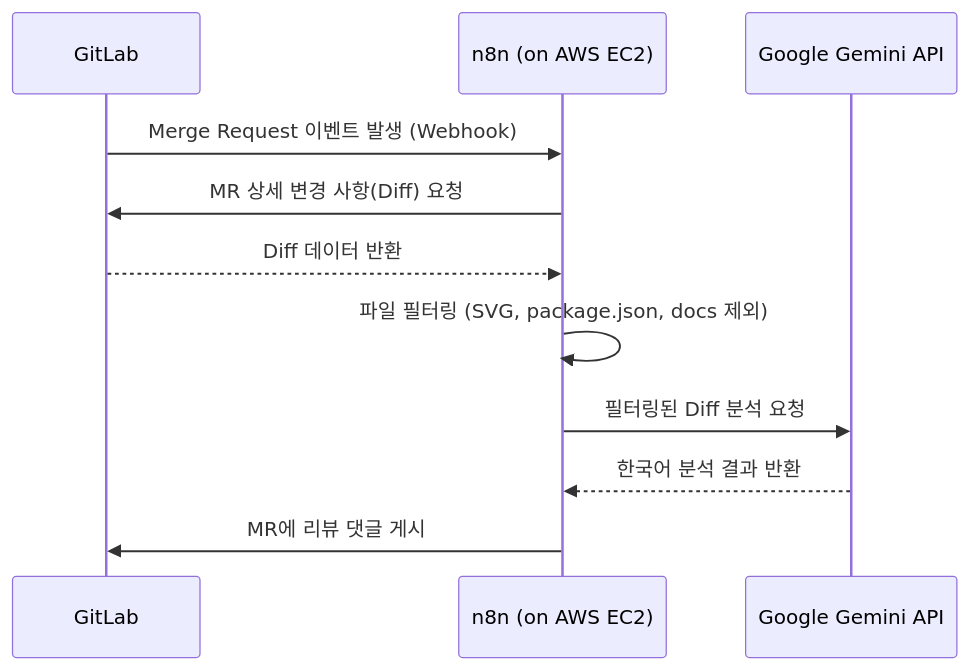
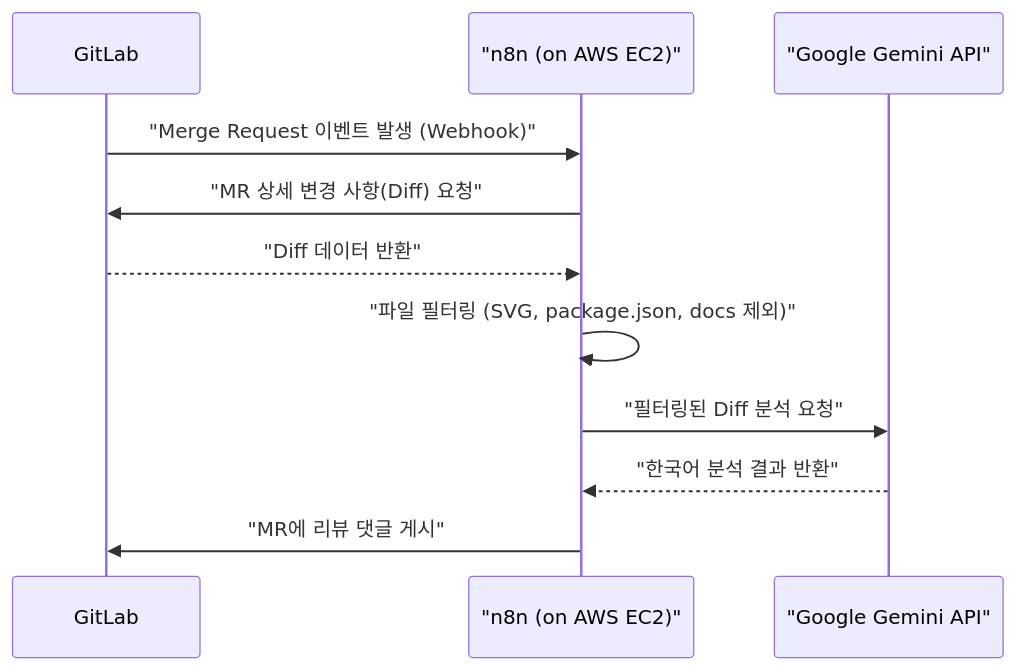
Before and after one commit to helloLucas/find_me: the diagram in docs/n8n/ai-code-review-setup.md, drawn with Mermaid.

Commit message:
docs: 머메이드 다이어그램 문서 수정

````diff
--- a/docs/n8n/ai-code-review-setup.md
+++ b/docs/n8n/ai-code-review-setup.md
@@ -7,14 +7,14 @@
 ```mermaid
 sequenceDiagram
-    participant GitLab as GitLab
-    participant n8n as n8n (on AWS EC2)
-    participant AI as Google Gemini API
+    participant GitLab
+    participant n8n as "n8n (on AWS EC2)"
+    participant AI as "Google Gemini API"
 
-    GitLab->>n8n: Merge Request 이벤트 발생 (Webhook)
-    n8n->>GitLab: MR 상세 변경 사항(Diff) 요청
-    GitLab-->>n8n: Diff 데이터 반환
-    n8n->>n8n: 파일 필터링 (SVG, package.json, docs 제외)
-    n8n->>AI: 필터링된 Diff 분석 요청
-    AI-->>n8n: 한국어 분석 결과 반환
-    n8n->>GitLab: MR에 리뷰 댓글 게시
+    GitLab->>n8n: "Merge Request 이벤트 발생 (Webhook)"
+    n8n->>GitLab: "MR 상세 변경 사항(Diff) 요청"
+    GitLab-->>n8n: "Diff 데이터 반환"
+    n8n->>n8n: "파일 필터링 (SVG, package.json, docs 제외)"
+    n8n->>AI: "필터링된 Diff 분석 요청"
+    AI-->>n8n: "한국어 분석 결과 반환"
+    n8n->>GitLab: "MR에 리뷰 댓글 게시"
 ```
````
